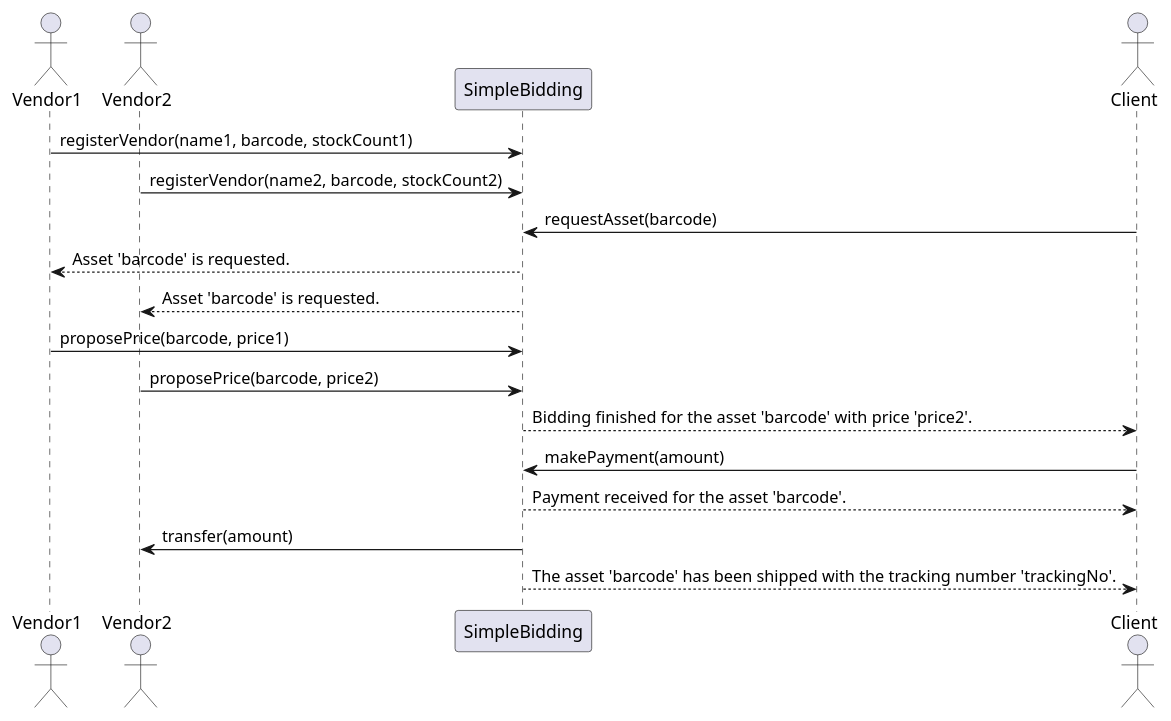
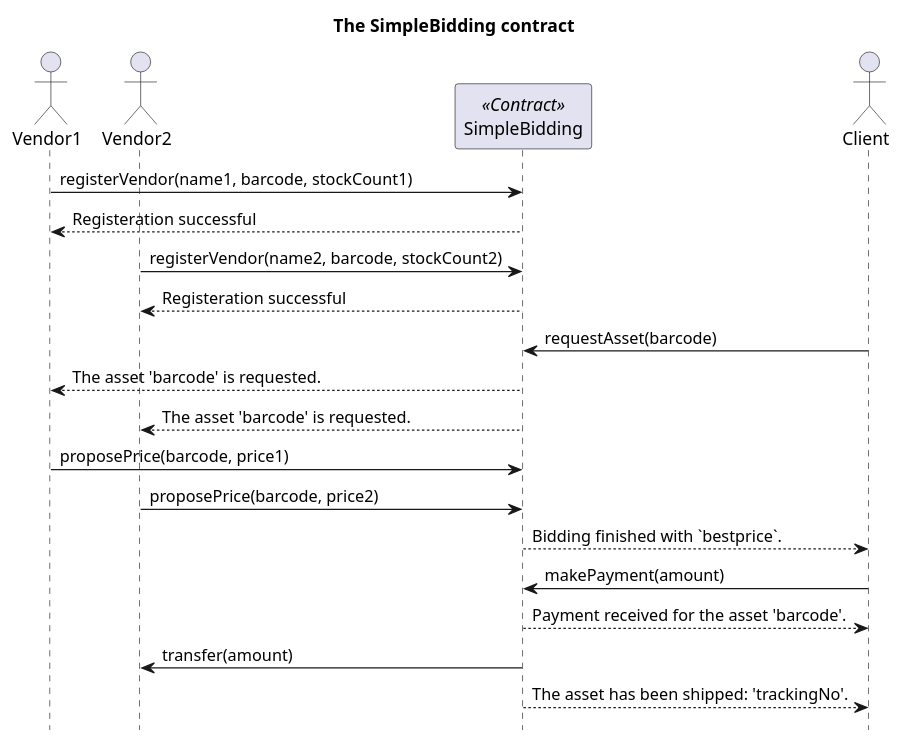
The diagram in ethereum/local-private-network/contracts/SimpleBidding/sequence_diagram.plantuml (ogurcan/blockchain), drawn with PlantUML before and after one commit.

```diff
--- a/ethereum/local-private-network/contracts/SimpleBidding/sequence_diagram.plantuml
+++ b/ethereum/local-private-network/contracts/SimpleBidding/sequence_diagram.plantuml
@@ -1,18 +1,24 @@
 @startuml
+hide footbox
+title The SimpleBidding contract
+
 actor Vendor1
 actor Vendor2
-participant SimpleBidding
+participant SimpleBidding <<Contract>>
 actor Client
+
 Vendor1->SimpleBidding : registerVendor(name1, barcode, stockCount1)
+SimpleBidding-->Vendor1 : Registeration successful
 Vendor2->SimpleBidding : registerVendor(name2, barcode, stockCount2)
+SimpleBidding-->Vendor2 : Registeration successful
 Client->SimpleBidding : requestAsset(barcode)
-SimpleBidding-->Vendor1 : Asset 'barcode' is requested.
-SimpleBidding-->Vendor2 : Asset 'barcode' is requested.
+SimpleBidding-->Vendor1 : The asset 'barcode' is requested.
+SimpleBidding-->Vendor2 : The asset 'barcode' is requested.
 Vendor1->SimpleBidding : proposePrice(barcode, price1)
 Vendor2->SimpleBidding : proposePrice(barcode, price2)
-SimpleBidding-->Client : Bidding finished for the asset 'barcode' with price 'price2'.
+SimpleBidding-->Client : Bidding finished with `bestprice`.
 Client->SimpleBidding : makePayment(amount)
 SimpleBidding-->Client : Payment received for the asset 'barcode'.
 SimpleBidding-> Vendor2: transfer(amount)
-SimpleBidding-->Client : The asset 'barcode' has been shipped with the tracking number 'trackingNo'.
+SimpleBidding-->Client : The asset has been shipped: 'trackingNo'.
 @enduml
```
